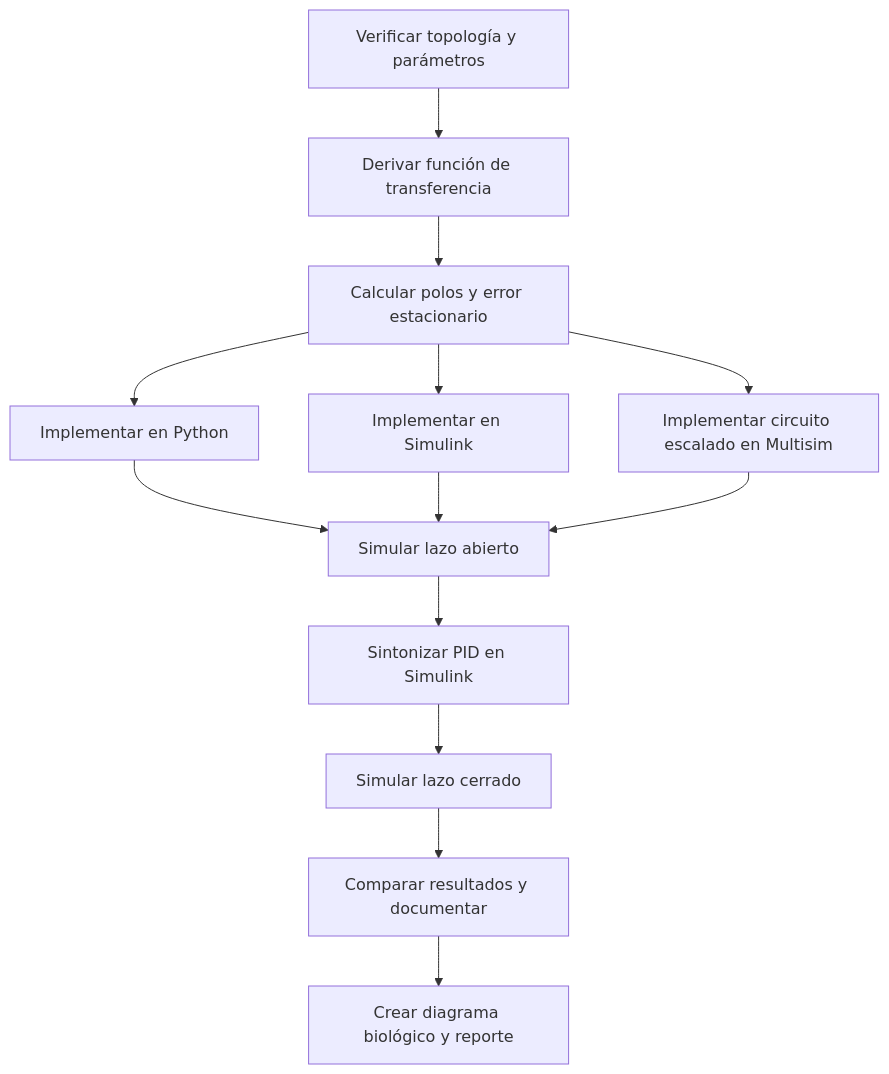
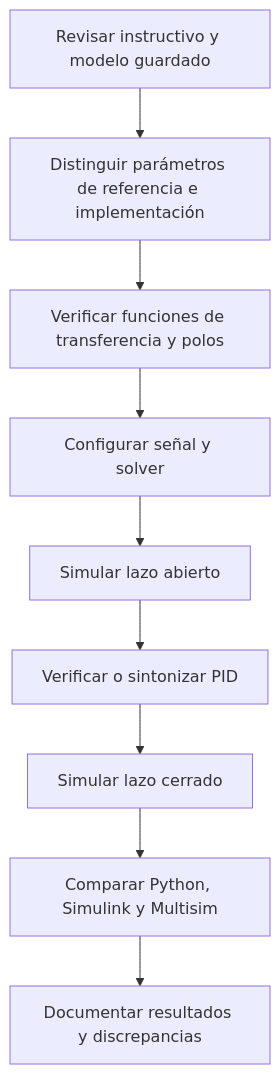
One commit to emivilg/MSFBP2 changed the diagram in README.md. Above: the diagram before and after it, drawn with Mermaid. The commit also changed other lines of this file, not shown here.

````diff
--- a/README.md
+++ b/README.md
@@ -404,15 +310,11 @@
 ```mermaid
 flowchart TD
-    A["Verificar topología y parámetros"] --> B["Derivar función de transferencia"]
-    B --> C["Calcular polos y error estacionario"]
-    C --> D["Implementar en Python"]
-    C --> E["Implementar en Simulink"]
-    C --> F["Implementar circuito escalado en Multisim"]
-    D --> G["Simular lazo abierto"]
-    E --> G
-    F --> G
-    G --> H["Sintonizar PID en Simulink"]
-    H --> I["Simular lazo cerrado"]
-    I --> J["Comparar resultados y documentar"]
-    J --> K["Crear diagrama biológico y reporte"]
+    A["Revisar instructivo y modelo guardado"] --> B["Distinguir parámetros de referencia e implementación"]
+    B --> C["Verificar funciones de transferencia y polos"]
+    C --> D["Configurar señal y solver"]
+    D --> E["Simular lazo abierto"]
+    E --> F["Verificar o sintonizar PID"]
+    F --> G["Simular lazo cerrado"]
+    G --> H["Comparar Python, Simulink y Multisim"]
+    H --> I["Documentar resultados y discrepancias"]
 ```
````
